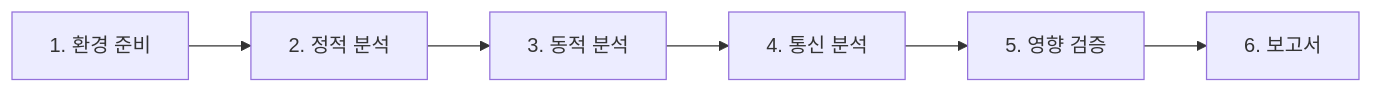
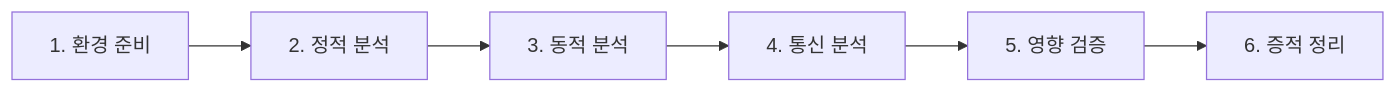
One commit to naaamgi/my-docusaurus-page changed the diagram in docs/assessment/mobile/index.md. Above: the diagram before and after it, drawn with Mermaid. The commit also changed other lines of this file and 106 other files, not shown here.

````diff
--- a/docs/assessment/mobile/index.md
+++ b/docs/assessment/mobile/index.md
@@ -19,8 +18,8 @@
 ```mermaid
 flowchart LR
     A[1. 환경 준비] --> B[2. 정적 분석]
     B --> C[3. 동적 분석]
     C --> D[4. 통신 분석]
     D --> E[5. 영향 검증]
-    E --> F[6. 보고서]
+    E --> F[6. 증적 정리]
 ```
````
